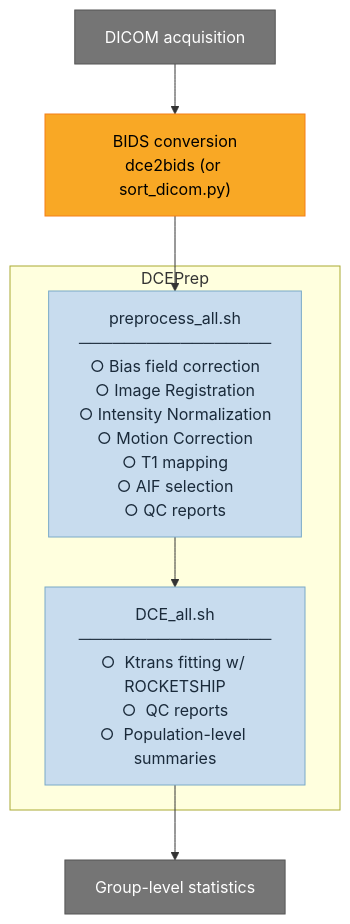
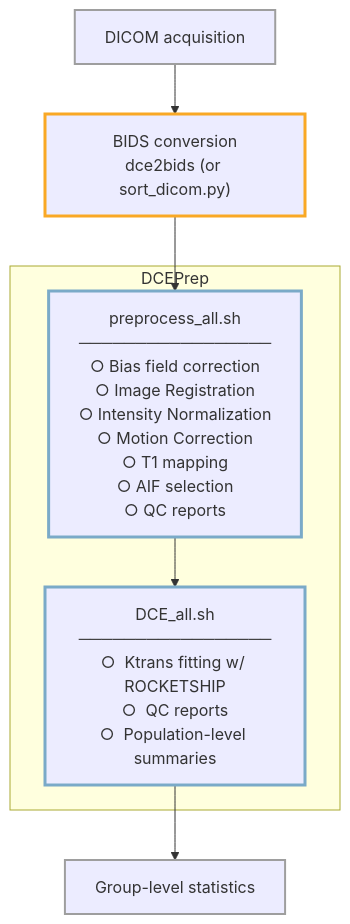
The diagram in docs/index.md (petmri/DCEPrep), drawn with Mermaid before and after one commit. The commit also changed 4 other files, not shown here.

````diff
--- a/docs/index.md
+++ b/docs/index.md
@@ -39,21 +39,25 @@
 ```mermaid
 flowchart TD
     A[DICOM acquisition]
     B["BIDS conversion\ndce2bids (or sort_dicom.py)"]
     G[Group-level statistics]
 
     subgraph DCEPrep["DCEPrep"]
         PRE["preprocess_all.sh\n─────────────────\n○  Bias field correction\n○  Image Registration\n○  Intensity Normalization\n○  Motion Correction\n○  T1 mapping\n○  AIF selection\n○  QC reports"]
         ANA["DCE_all.sh\n─────────────────\n○  Ktrans fitting w/ ROCKETSHIP\n○  QC reports\n○  Population-level summaries"]
         PRE --> ANA
     end
 
     A --> B --> PRE
     ANA --> G
 
-    style A fill:#757575,stroke:#555,color:#fff
-    style B fill:#F9A825,stroke:#F57F17,color:#000
-    style G fill:#757575,stroke:#555,color:#fff
-    style PRE fill:#C8DCEE,stroke:#7AAAC8,color:#1a2a3a
-    style ANA fill:#C8DCEE,stroke:#7AAAC8,color:#1a2a3a
+    %% Categories are carried by border colour and weight, not fill.
+    %% Fill and text colour are left to the theme so the diagram stays
+    %% legible in both light and dark mode — a fixed light fill cannot
+    %% work against both a near-black and a near-white theme text colour.
+    style A stroke:#9E9E9E,stroke-width:2px
+    style B stroke:#F9A825,stroke-width:3px
+    style G stroke:#9E9E9E,stroke-width:2px
+    style PRE stroke:#7AAAC8,stroke-width:3px
+    style ANA stroke:#7AAAC8,stroke-width:3px
 ```
````
